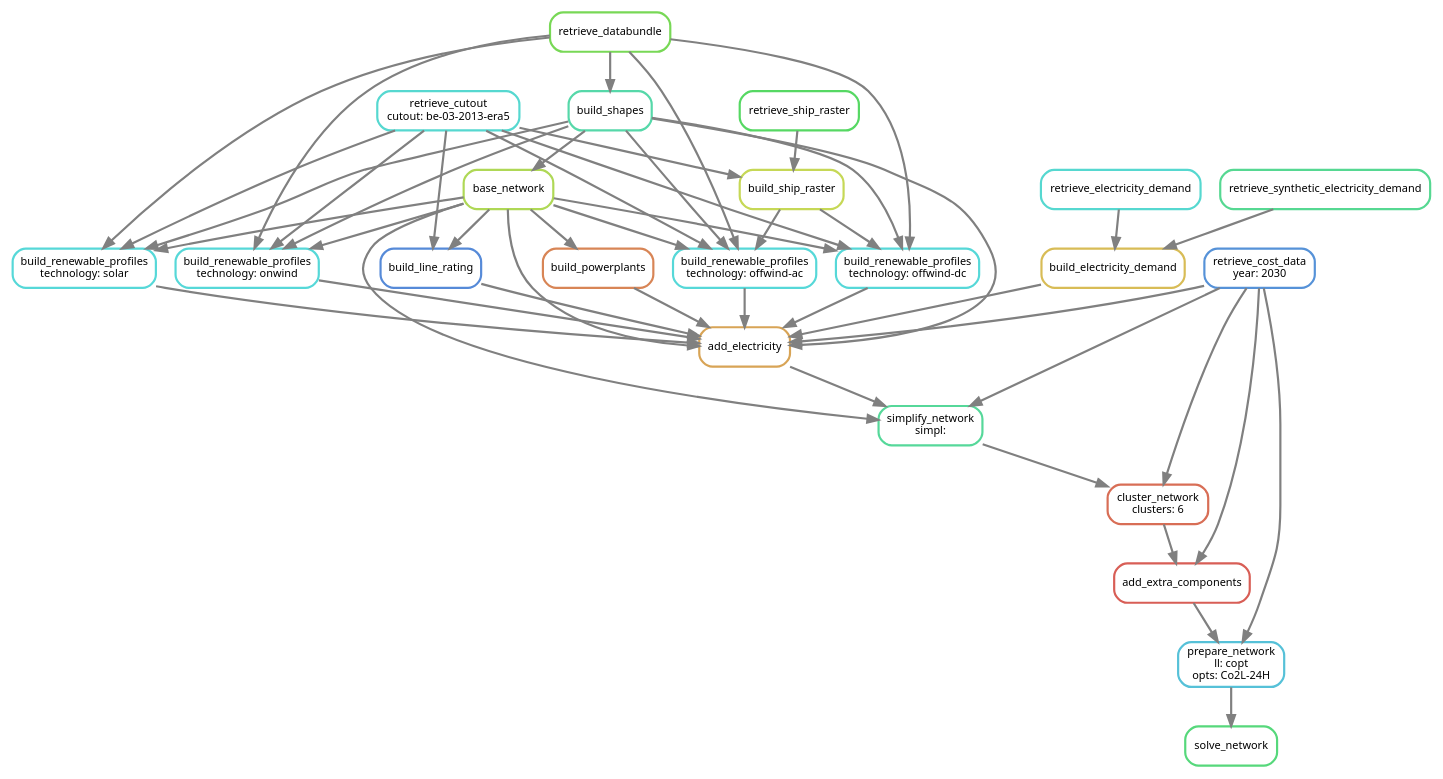
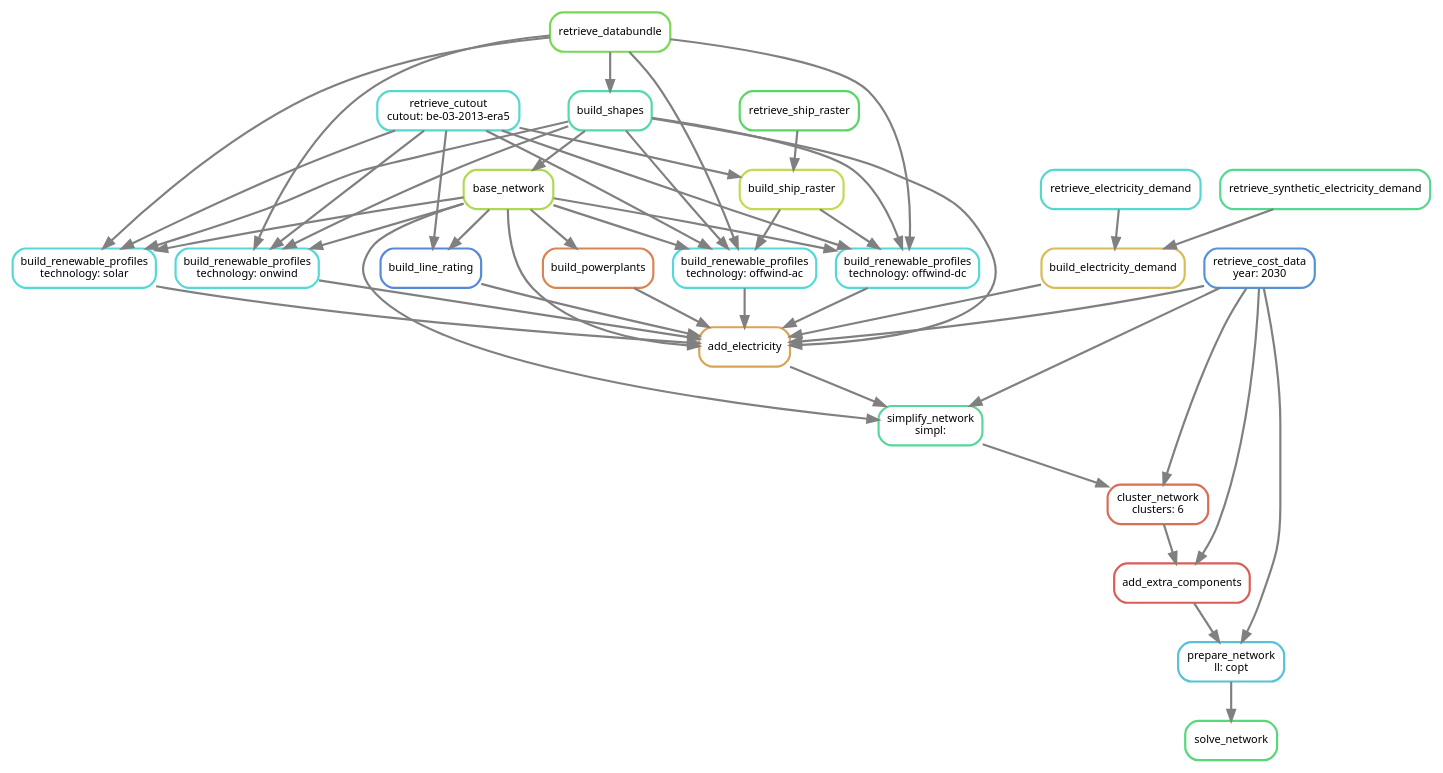
The diagram in doc/tutorial.rst (AGGM-AG/pypsa-at), drawn with Graphviz before and after one commit. The commit also changed other lines of this file and 13 other files, not shown here.

```diff
--- a/doc/tutorial.rst
+++ b/doc/tutorial.rst
@@ -127,78 +127,78 @@
 .. graphviz::
     :class: full-width
     :align: center
 
     digraph snakemake_dag {
         graph[bgcolor=white, margin=0];
         node[shape=box, style=rounded, fontname=sans,                 fontsize=10, penwidth=2];
         edge[penwidth=2, color=grey];
             0[label = "solve_network", color = "0.38 0.6 0.85", style="rounded"];
-            1[label = "prepare_network\nll: copt\nopts: Co2L-24H", color = "0.53 0.6 0.85", style="rounded"];
+            1[label = "prepare_network\nll: copt", color = "0.53 0.6 0.85", style="rounded"];
             2[label = "add_extra_components", color = "0.01 0.6 0.85", style="rounded"];
             3[label = "cluster_network\nclusters: 6", color = "0.03 0.6 0.85", style="rounded"];
             4[label = "simplify_network\nsimpl: ", color = "0.42 0.6 0.85", style="rounded"];
             5[label = "add_electricity", color = "0.10 0.6 0.85", style="rounded"];
             6[label = "build_renewable_profiles\ntechnology: solar", color = "0.50 0.6 0.85", style="rounded"];
             7[label = "base_network", color = "0.22 0.6 0.85", style="rounded"];
             8[label = "build_shapes", color = "0.44 0.6 0.85", style="rounded"];
             9[label = "retrieve_databundle", color = "0.29 0.6 0.85", style="rounded"];
             10[label = "retrieve_cutout\ncutout: be-03-2013-era5", color = "0.49 0.6 0.85", style="rounded"];
             11[label = "build_renewable_profiles\ntechnology: onwind", color = "0.50 0.6 0.85", style="rounded"];
             12[label = "build_renewable_profiles\ntechnology: offwind-ac", color = "0.50 0.6 0.85", style="rounded"];
             13[label = "build_ship_raster", color = "0.19 0.6 0.85", style="rounded"];
             14[label = "retrieve_ship_raster", color = "0.35 0.6 0.85", style="rounded"];
             15[label = "build_renewable_profiles\ntechnology: offwind-dc", color = "0.50 0.6 0.85", style="rounded"];
             16[label = "build_line_rating", color = "0.60 0.6 0.85", style="rounded"];
             17[label = "retrieve_cost_data\nyear: 2030", color = "0.59 0.6 0.85", style="rounded"];
             18[label = "build_powerplants", color = "0.06 0.6 0.85", style="rounded"];
             19[label = "build_electricity_demand", color = "0.13 0.6 0.85", style="rounded"];
             20[label = "retrieve_electricity_demand", color = "0.49 0.6 0.85", style="rounded"];
             21[label = "retrieve_synthetic_electricity_demand", color = "0.41 0.6 0.85", style="rounded"];
             1 -> 0
             2 -> 1
             17 -> 1
             3 -> 2
             17 -> 2
             4 -> 3
             17 -> 3
             5 -> 4
             17 -> 4
             7 -> 4
             6 -> 5
             11 -> 5
             12 -> 5
             15 -> 5
             7 -> 5
             16 -> 5
             17 -> 5
             18 -> 5
             19 -> 5
             8 -> 5
             7 -> 6
             9 -> 6
             8 -> 6
             10 -> 6
             8 -> 7
             9 -> 8
             7 -> 11
             9 -> 11
             8 -> 11
             10 -> 11
             7 -> 12
             9 -> 12
             13 -> 12
             8 -> 12
             10 -> 12
             14 -> 13
             10 -> 13
             7 -> 15
             9 -> 15
             13 -> 15
             8 -> 15
             10 -> 15
             7 -> 16
             10 -> 16
             7 -> 18
             20 -> 19
             21 -> 19
     }
```
